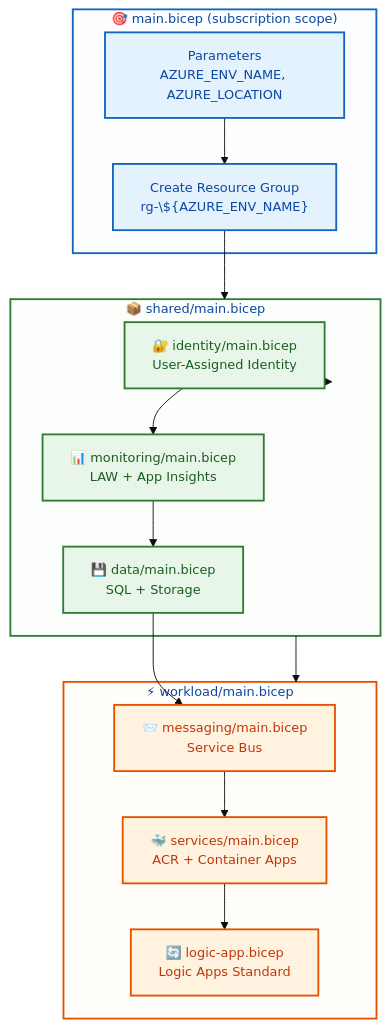
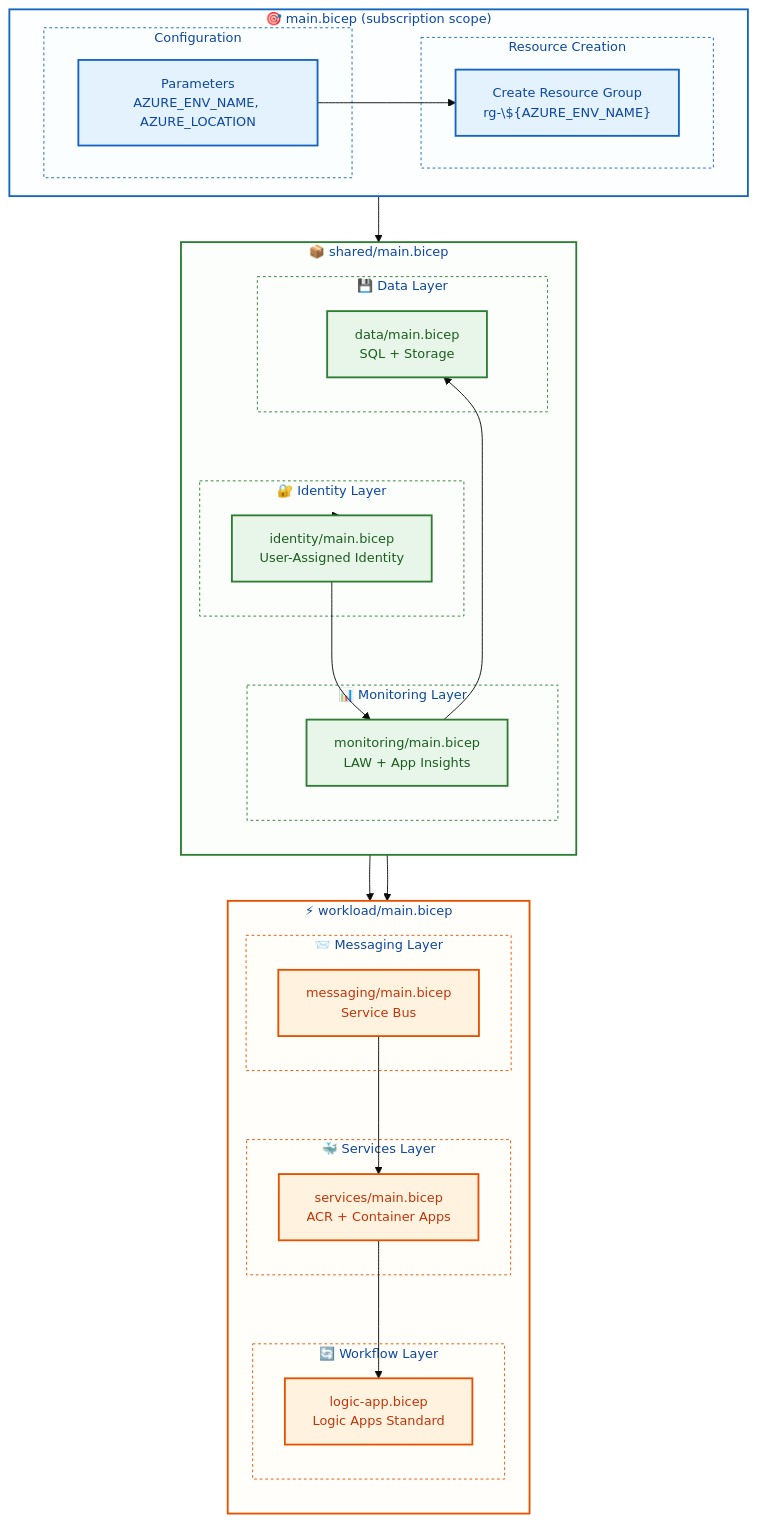
One commit to Evilazaro/Azure-LogicApps-Monitoring changed the second of 4 diagrams in docs/architecture/04-technology-architecture.md. Above: the diagram before and after it, drawn with Mermaid. The commit also changed other lines of this file, not shown here.

Commit message:
Refactor technology architecture diagrams with improved subgraph organization and styling for enhanced clarity and visual grouping

````diff
--- a/docs/architecture/04-technology-architecture.md
+++ b/docs/architecture/04-technology-architecture.md
@@ -169,45 +199,72 @@
 ```mermaid
 %%{init: {'theme': 'base', 'themeVariables': { 'fontSize': '14px'}}}%%
 flowchart TB
     subgraph Root["🎯 main.bicep (subscription scope)"]
-        Params["Parameters<br/>AZURE_ENV_NAME, AZURE_LOCATION"]
-        RG["Create Resource Group<br/>rg-\${AZURE_ENV_NAME}"]
+        direction LR
+        subgraph Configuration["Configuration"]
+            Params["Parameters<br/>AZURE_ENV_NAME, AZURE_LOCATION"]
+        end
+        subgraph ResourceCreation["Resource Creation"]
+            RG["Create Resource Group<br/>rg-\${AZURE_ENV_NAME}"]
+        end
     end
 
     subgraph Shared["📦 shared/main.bicep"]
-        Identity["🔐 identity/main.bicep<br/>User-Assigned Identity"]
-        Monitoring["📊 monitoring/main.bicep<br/>LAW + App Insights"]
-        Data["💾 data/main.bicep<br/>SQL + Storage"]
+        direction TB
+        subgraph IdentityLayer["🔐 Identity Layer"]
+            Identity["identity/main.bicep<br/>User-Assigned Identity"]
+        end
+        subgraph MonitoringLayer["📊 Monitoring Layer"]
+            Monitoring["monitoring/main.bicep<br/>LAW + App Insights"]
+        end
+        subgraph DataLayer["💾 Data Layer"]
+            Data["data/main.bicep<br/>SQL + Storage"]
+        end
     end
 
     subgraph Workload["⚡ workload/main.bicep"]
-        Messaging["📨 messaging/main.bicep<br/>Service Bus"]
-        Services["🐳 services/main.bicep<br/>ACR + Container Apps"]
-        LogicApp["🔄 logic-app.bicep<br/>Logic Apps Standard"]
+        direction TB
+        subgraph MessagingLayer["📨 Messaging Layer"]
+            Messaging["messaging/main.bicep<br/>Service Bus"]
+        end
+        subgraph ServicesLayer["🐳 Services Layer"]
+            Services["services/main.bicep<br/>ACR + Container Apps"]
+        end
+        subgraph WorkflowLayer["🔄 Workflow Layer"]
+            LogicApp["logic-app.bicep<br/>Logic Apps Standard"]
+        end
     end
 
     Params --> RG
     RG --> Shared
     Shared --> Identity
     Identity --> Monitoring
     Monitoring --> Data
     
     Shared --> Workload
     Data --> Messaging
     Messaging --> Services
     Services --> LogicApp
 
     %% Accessible color palette with clear deployment phases
     classDef root fill:#e3f2fd,stroke:#1565c0,stroke-width:2px,color:#0d47a1
     classDef shared fill:#e8f5e9,stroke:#2e7d32,stroke-width:2px,color:#1b5e20
     classDef workload fill:#fff3e0,stroke:#e65100,stroke-width:2px,color:#bf360c
 
     class Params,RG root
     class Identity,Monitoring,Data shared
     class Messaging,Services,LogicApp workload
 
     %% Subgraph container styling for visual layer grouping
     style Root fill:#e3f2fd22,stroke:#1565c0,stroke-width:2px
     style Shared fill:#e8f5e922,stroke:#2e7d32,stroke-width:2px
     style Workload fill:#fff3e022,stroke:#e65100,stroke-width:2px
+    style Configuration fill:#e3f2fd11,stroke:#1565c0,stroke-width:1px,stroke-dasharray:3
+    style ResourceCreation fill:#e3f2fd11,stroke:#1565c0,stroke-width:1px,stroke-dasharray:3
+    style IdentityLayer fill:#e8f5e911,stroke:#2e7d32,stroke-width:1px,stroke-dasharray:3
+    style MonitoringLayer fill:#e8f5e911,stroke:#2e7d32,stroke-width:1px,stroke-dasharray:3
+    style DataLayer fill:#e8f5e911,stroke:#2e7d32,stroke-width:1px,stroke-dasharray:3
+    style MessagingLayer fill:#fff3e011,stroke:#e65100,stroke-width:1px,stroke-dasharray:3
+    style ServicesLayer fill:#fff3e011,stroke:#e65100,stroke-width:1px,stroke-dasharray:3
+    style WorkflowLayer fill:#fff3e011,stroke:#e65100,stroke-width:1px,stroke-dasharray:3
 ```
````
